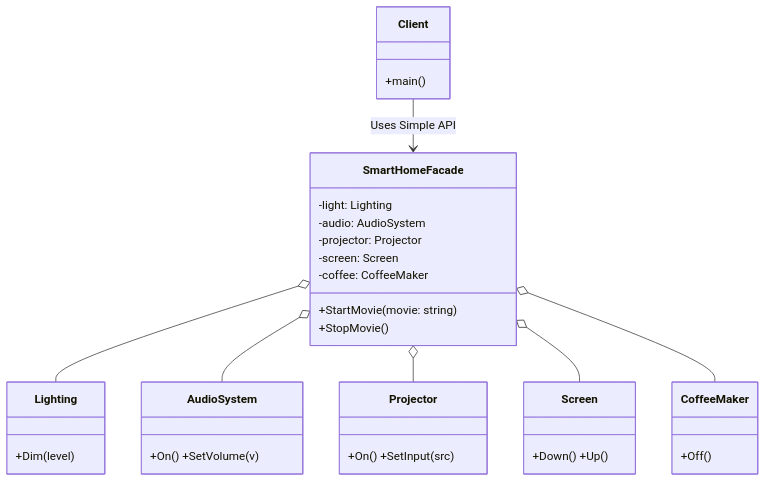
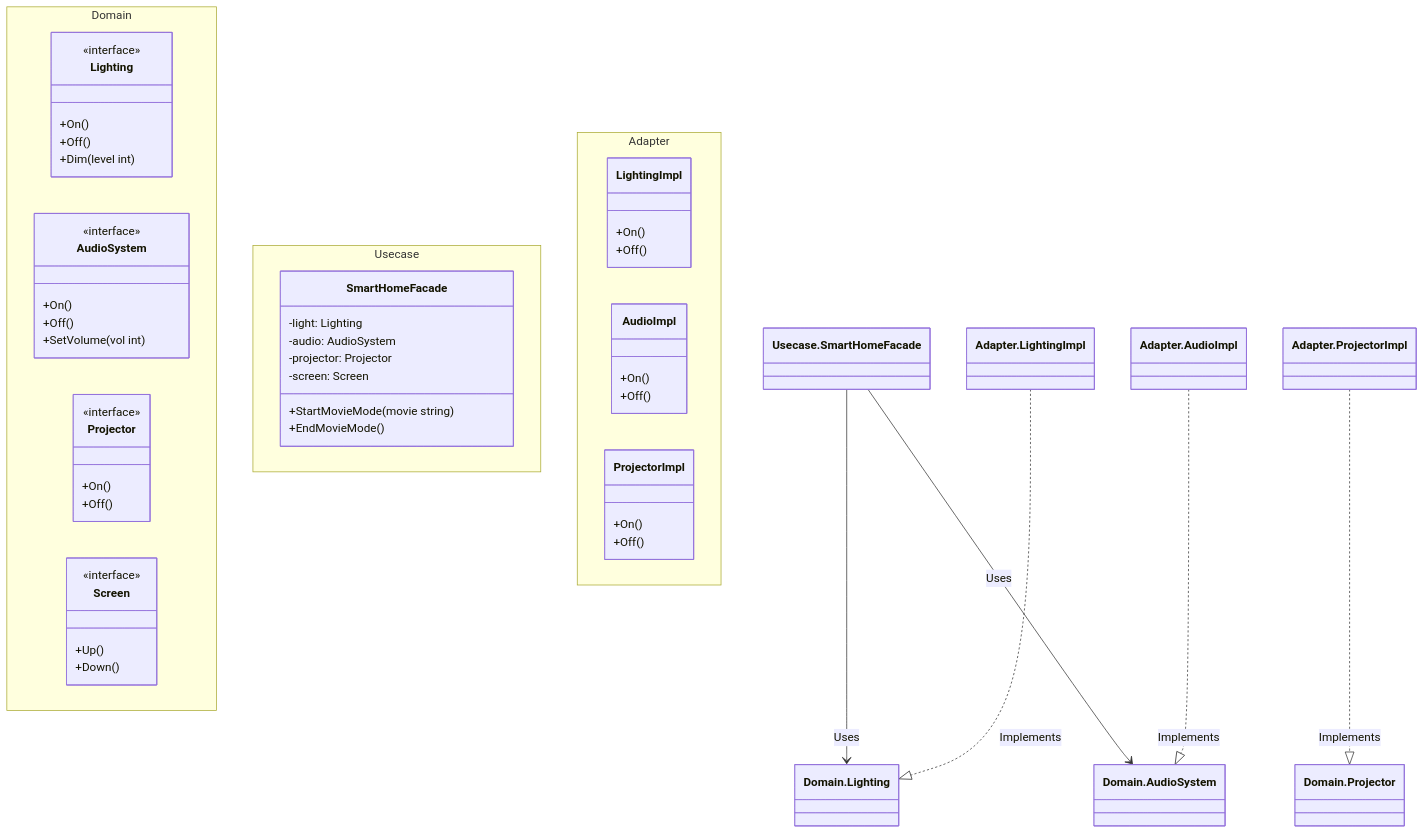
Before and after one commit to sokoide/design-patterns: the diagram in facade-example/README_ja.md, drawn with Mermaid. The commit also changed other lines of this file and 102 other files, not shown here.

````diff
--- a/facade-example/README_ja.md
+++ b/facade-example/README_ja.md
@@ -32,35 +22,62 @@
 ```mermaid
 classDiagram
     direction TB
 
-    %% Client
-    class Client {
-        +main()
+    namespace Domain {
+        class Lighting {
+            <<interface>>
+            +On()
+            +Off()
+            +Dim(level int)
+        }
+        class AudioSystem {
+            <<interface>>
+            +On()
+            +Off()
+            +SetVolume(vol int)
+        }
+        class Projector {
+            <<interface>>
+            +On()
+            +Off()
+        }
+        class Screen {
+            <<interface>>
+            +Up()
+            +Down()
+        }
     }
 
-    %% Facade Layer
-    class SmartHomeFacade {
-        -light: Lighting
-        -audio: AudioSystem
-        -projector: Projector
-        -screen: Screen
-        -coffee: CoffeeMaker
-        +StartMovie(movie: string)
-        +StopMovie()
+    namespace Usecase {
+        class SmartHomeFacade {
+            -light: Lighting
+            -audio: AudioSystem
+            -projector: Projector
+            -screen: Screen
+            +StartMovieMode(movie string)
+            +EndMovieMode()
+        }
     }
 
-    %% Subsystems (Complex Layer)
-    class Lighting { +Dim(level) }
-    class AudioSystem { +On() +SetVolume(v) }
-    class Projector { +On() +SetInput(src) }
-    class Screen { +Down() +Up() }
-    class CoffeeMaker { +Off() }
+    namespace Adapter {
+        class LightingImpl {
+            +On()
+            +Off()
+        }
+        class AudioImpl {
+            +On()
+            +Off()
+        }
+        class ProjectorImpl {
+            +On()
+            +Off()
+        }
+    }
 
     %% Relationships
-    Client --> SmartHomeFacade : Uses Simple API
-    SmartHomeFacade o-- Lighting
-    SmartHomeFacade o-- AudioSystem
-    SmartHomeFacade o-- Projector
-    SmartHomeFacade o-- Screen
-    SmartHomeFacade o-- CoffeeMaker
+    Usecase.SmartHomeFacade --> Domain.Lighting : Uses
+    Usecase.SmartHomeFacade --> Domain.AudioSystem : Uses
+    Adapter.LightingImpl ..|> Domain.Lighting : Implements
+    Adapter.AudioImpl ..|> Domain.AudioSystem : Implements
+    Adapter.ProjectorImpl ..|> Domain.Projector : Implements
 ```
````
